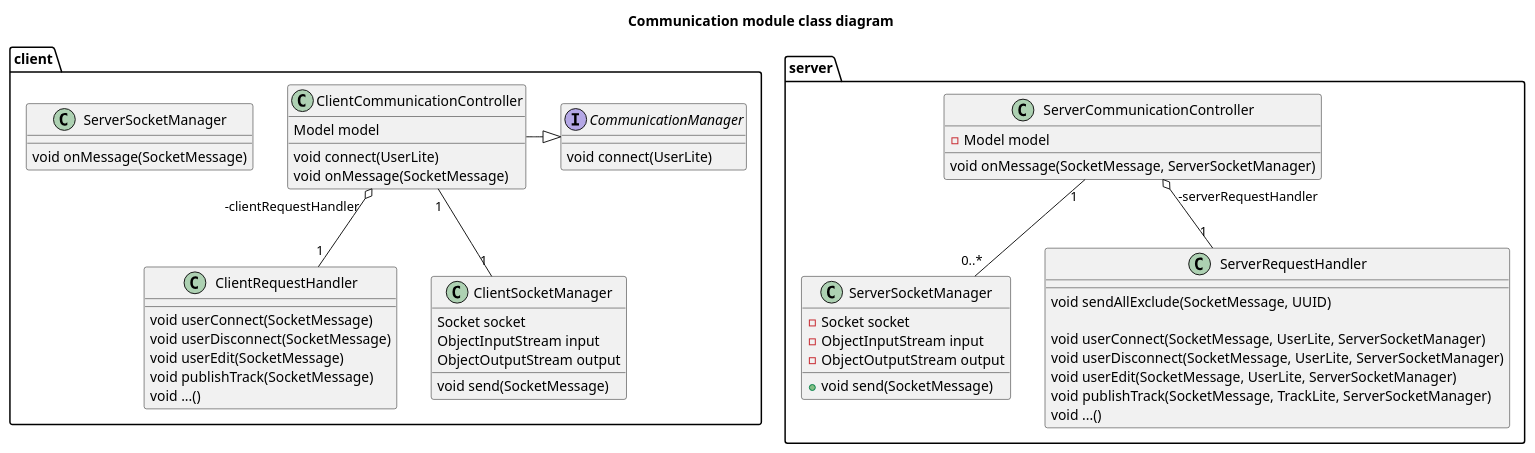
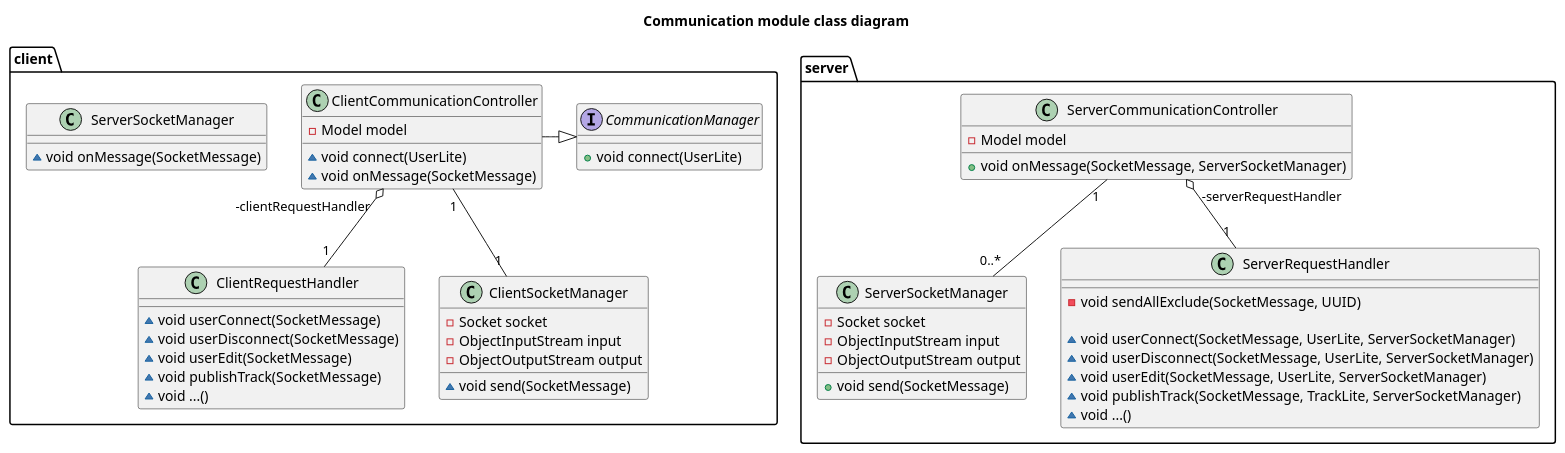
Before and after one commit to UTCAI12/Diagrams: the diagram in class/communication.puml, drawn with PlantUML.

Commit message:
adding methods and attributes visibility

```diff
--- a/class/communication.puml
+++ b/class/communication.puml
@@ -1,71 +1,71 @@
 @startuml Communication module class diagram
 title Communication module class diagram
 
 package server {
     class ServerCommunicationController {
         - Model model
-        void onMessage(SocketMessage, ServerSocketManager)
+        + void onMessage(SocketMessage, ServerSocketManager)
     }
 
     class ServerSocketManager {
         - Socket socket
         - ObjectInputStream input
         - ObjectOutputStream output
 
         + void send(SocketMessage)
     }
 
     class ServerRequestHandler {
-        void sendAllExclude(SocketMessage, UUID)
+        - void sendAllExclude(SocketMessage, UUID)
 
-        void userConnect(SocketMessage, UserLite, ServerSocketManager)
-        void userDisconnect(SocketMessage, UserLite, ServerSocketManager)
-        void userEdit(SocketMessage, UserLite, ServerSocketManager)
-        void publishTrack(SocketMessage, TrackLite, ServerSocketManager)
-        void ...()
+        ~ void userConnect(SocketMessage, UserLite, ServerSocketManager)
+        ~ void userDisconnect(SocketMessage, UserLite, ServerSocketManager)
+        ~ void userEdit(SocketMessage, UserLite, ServerSocketManager)
+        ~ void publishTrack(SocketMessage, TrackLite, ServerSocketManager)
+        ~ void ...()
     }
 
     ServerCommunicationController "1" -- "0..*" ServerSocketManager
     ServerCommunicationController "-serverRequestHandler" o-- "    1" ServerRequestHandler
 
 }
 
 package client {
     class ClientCommunicationController {
-        Model model
+        - Model model
 
-        void connect(UserLite)
-        void onMessage(SocketMessage)
+        ~ void connect(UserLite)
+        ~ void onMessage(SocketMessage)
     } 
 
     class ClientRequestHandler {
-        void userConnect(SocketMessage)
-        void userDisconnect(SocketMessage)
-        void userEdit(SocketMessage)
-        void publishTrack(SocketMessage)
-        void ...()
+        ~ void userConnect(SocketMessage)
+        ~ void userDisconnect(SocketMessage)
+        ~ void userEdit(SocketMessage)
+        ~ void publishTrack(SocketMessage)
+        ~ void ...()
     }
 
 
     class ServerSocketManager {
-        void onMessage(SocketMessage)
+        ~ void onMessage(SocketMessage)
     }
 
     interface CommunicationManager {
-        void connect(UserLite)
+        + void connect(UserLite)
     }
 
     class ClientSocketManager {
-        Socket socket
-        ObjectInputStream input
-        ObjectOutputStream output
+        - Socket socket
+        - ObjectInputStream input
+        - ObjectOutputStream output
 
-        void send(SocketMessage)
+        ~ void send(SocketMessage)
     }
 
     ClientSocketManager "1" -up- "1" ClientCommunicationController
     CommunicationManager <|-left- ClientCommunicationController
     ClientCommunicationController "-clientRequestHandler" o-- "    1" ClientRequestHandler
 }
 
 @enduml
```
